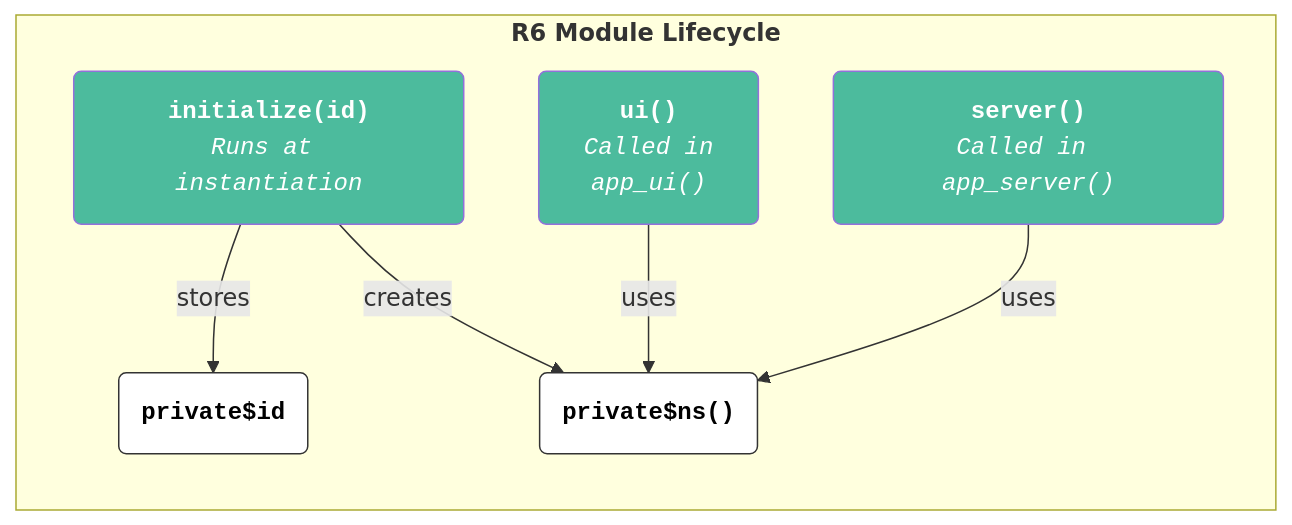
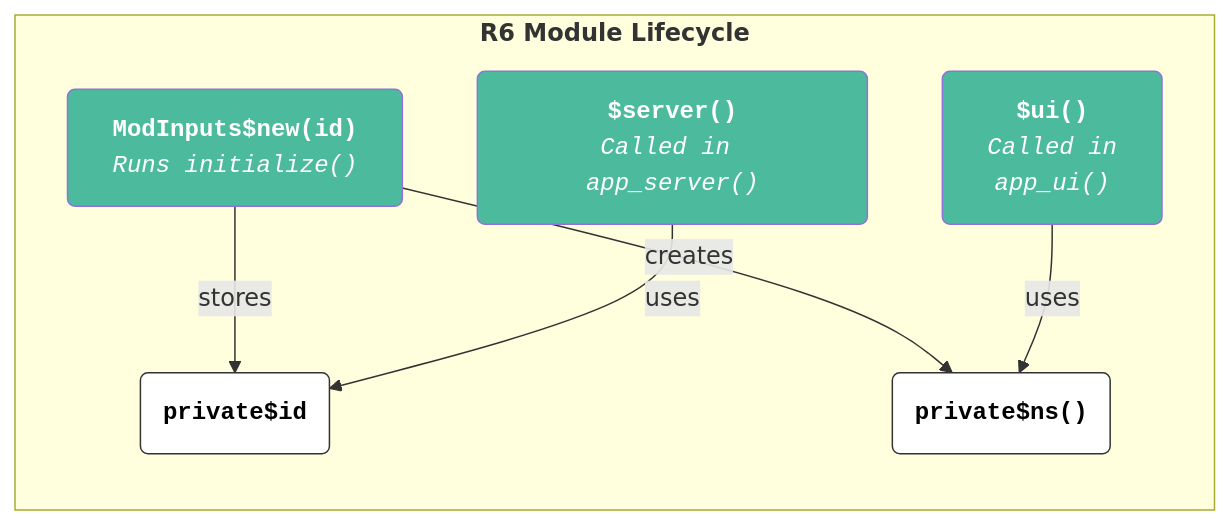
The third of 7 diagrams in posts/shiny-r6/index.qmd (mjfrigaard/mjfrigaard.github.io), drawn with Mermaid before and after one commit. The commit also changed other lines of this file and 4 other files, not shown here.

````diff
--- a/posts/shiny-r6/index.qmd
+++ b/posts/shiny-r6/index.qmd
@@ -637,28 +500,28 @@
 ```{mermaid}
 %%| eval: true
 %%| fig-align: 'center'
-%%| fig-caption: 'R6 Module Structure'
+%%| fig-caption: 'R6 Module Lifecycle (rsixer)'
 %%| echo: false
 %%{init: {'theme': 'base', 'themeVariables': { 'fontFamily': 'monospace', "darkMode":true}}}}%%
 
 flowchart LR
     subgraph "<strong>R6 Module Lifecycle</strong>"
-        Init["<strong>initialize(id)</strong><br><em>Runs at instantiation</em>"]
+        Init["<strong>ModInputs$new(id)</strong><br><em>Runs initialize()</em>"]
         Id("<strong>private$id</strong>")
         Ns("<strong>private$ns()</strong>")
-        UI["<strong>ui()</strong><br/><em>Called in<br>app_ui()</em>"]
-        Server["<strong>server()</strong><br><em>Called in app_server()</em>"]
+        UI["<strong>$ui()</strong><br/><em>Called in<br>app_ui()</em>"]
+        Server["<strong>$server()</strong><br><em>Called in app_server()</em>"]
     end
 
     Init -->|"stores"| Id
     Init -->|"creates"| Ns
     UI -->|"uses"| Ns
-    Server -->|"uses"| Ns
+    Server -->|"uses"| Id
 
     style Init fill:#4CBB9D,color:#FFFFFF,rx:5,ry:5,font-family:monospace
     style Id fill:#FFFFFF,color:#000000,stroke:#333,font-family:monospace
     style Ns fill:#FFFFFF,color:#000000,stroke:#333,font-family:monospace
     style UI fill:#4CBB9D,color:#FFFFFF,rx:5,ry:5,font-family:monospace
     style Server fill:#4CBB9D,color:#FFFFFF,rx:5,ry:5,font-family:monospace
 
 ```
````
